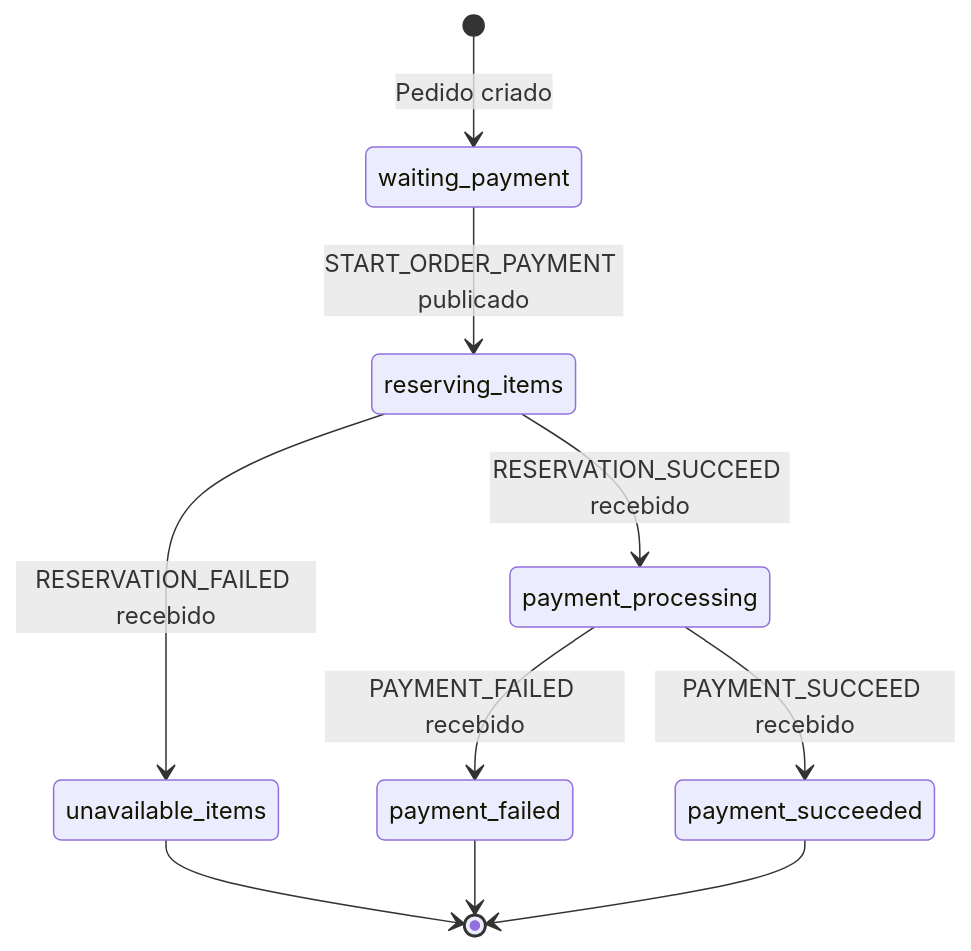
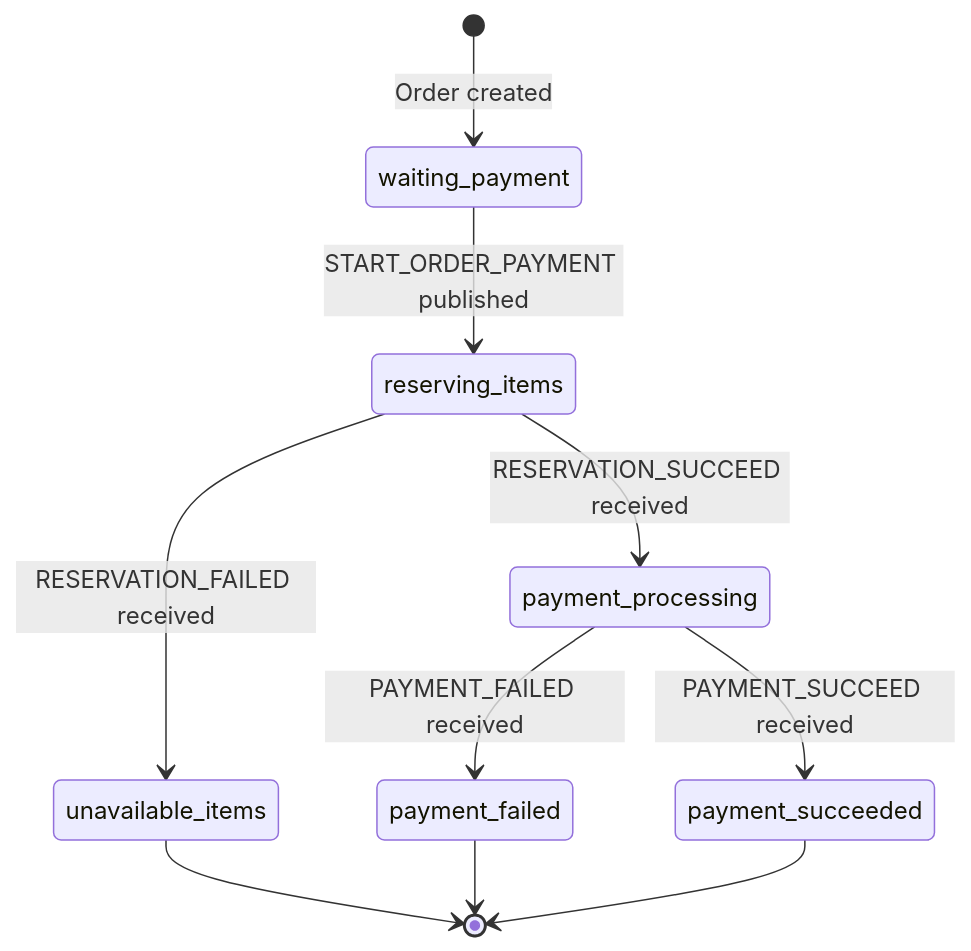
Before and after one commit to DevVictor19/microservices-saga-pattern: the third of 3 diagrams in choreographed-saga/@docs/choreographed-saga-flow.md, drawn with Mermaid. The commit also changed other lines of this file and 2 other files, not shown here.

````diff
--- a/choreographed-saga/@docs/choreographed-saga-flow.md
+++ b/choreographed-saga/@docs/choreographed-saga-flow.md
@@ -187,16 +187,16 @@
 ```mermaid
 stateDiagram-v2
-    [*] --> waiting_payment: Pedido criado
+    [*] --> waiting_payment: Order created
 
-    waiting_payment --> reserving_items: START_ORDER_PAYMENT publicado
+    waiting_payment --> reserving_items: START_ORDER_PAYMENT published
 
-    reserving_items --> unavailable_items: RESERVATION_FAILED recebido
-    reserving_items --> payment_processing: RESERVATION_SUCCEED recebido
+    reserving_items --> unavailable_items: RESERVATION_FAILED received
+    reserving_items --> payment_processing: RESERVATION_SUCCEED received
 
-    payment_processing --> payment_failed: PAYMENT_FAILED recebido
-    payment_processing --> payment_succeeded: PAYMENT_SUCCEED recebido
+    payment_processing --> payment_failed: PAYMENT_FAILED received
+    payment_processing --> payment_succeeded: PAYMENT_SUCCEED received
 
     unavailable_items --> [*]
     payment_failed --> [*]
     payment_succeeded --> [*]
 ```
````
